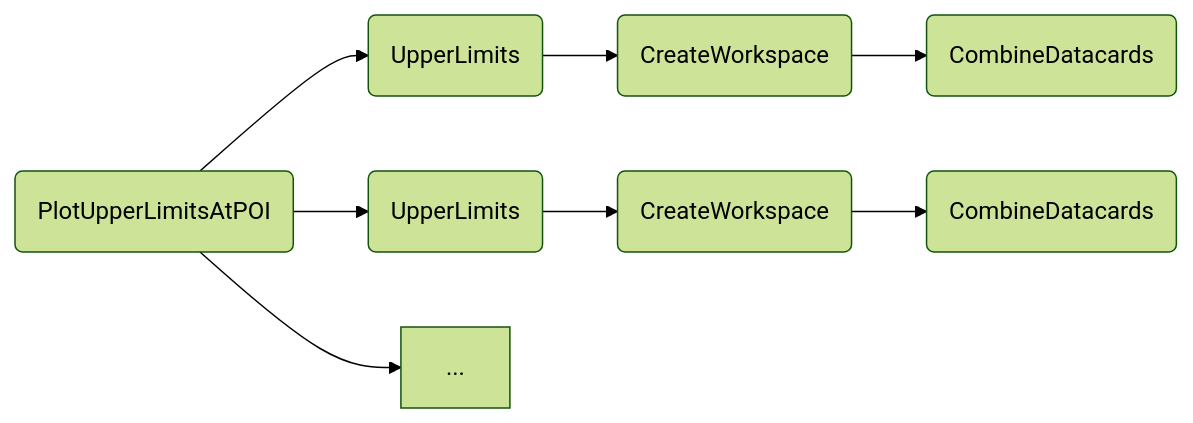
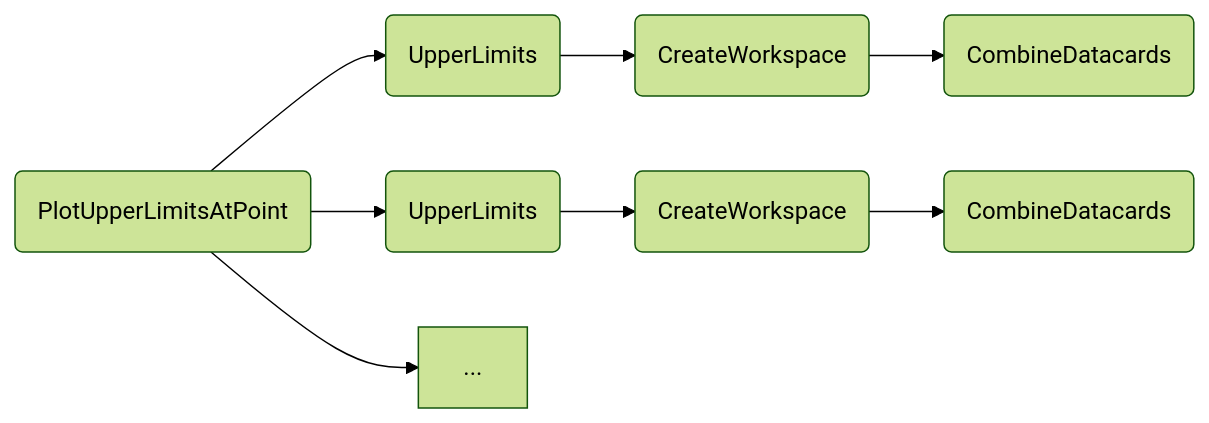
One commit to cms-hh/inference_tools changed the third of 3 diagrams in docs/content/tasks/limits.md. Above: the diagram before and after it, drawn with Mermaid (forest theme). The commit also changed other lines of this file and 7 other files, not shown here.

Commit message:
Rename PlotUpperLimitsAtPOI to PlotUpperLimitsAtPoint.

````diff
--- a/docs/content/tasks/limits.md
+++ b/docs/content/tasks/limits.md
@@ -206,10 +206,10 @@
 ```mermaid
 graph LR;
-    A(PlotUpperLimitsAtPOI) --> B1(UpperLimits);
-    A(PlotUpperLimitsAtPOI) --> B2(UpperLimits);
-    A(PlotUpperLimitsAtPOI) --> ...;
+    A(PlotUpperLimitsAtPoint) --> B1(UpperLimits);
+    A(PlotUpperLimitsAtPoint) --> B2(UpperLimits);
+    A(PlotUpperLimitsAtPoint) --> ...;
     B1 --> C1(CreateWorkspace);
     B2 --> C2(CreateWorkspace);
     C1 --> D1(CombineDatacards);
     C2 --> D2(CombineDatacards);
 ```
````
